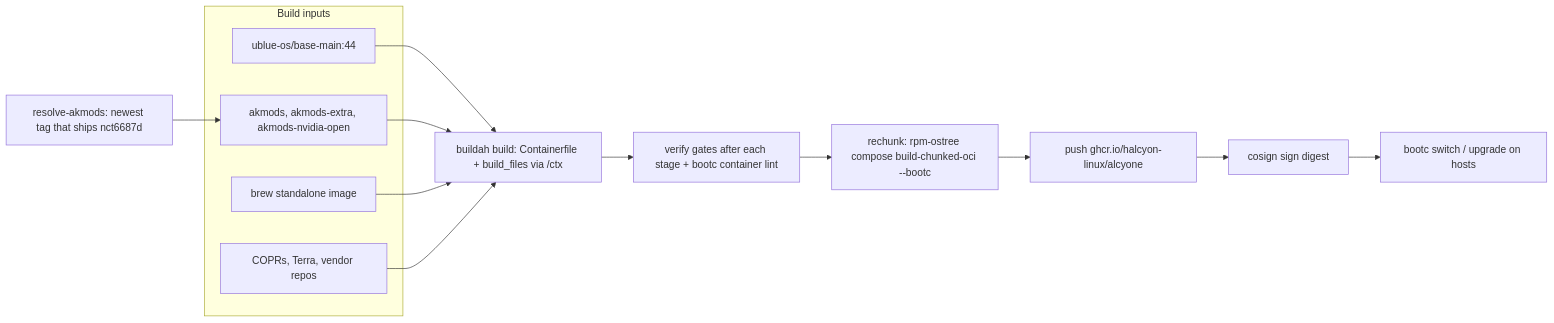
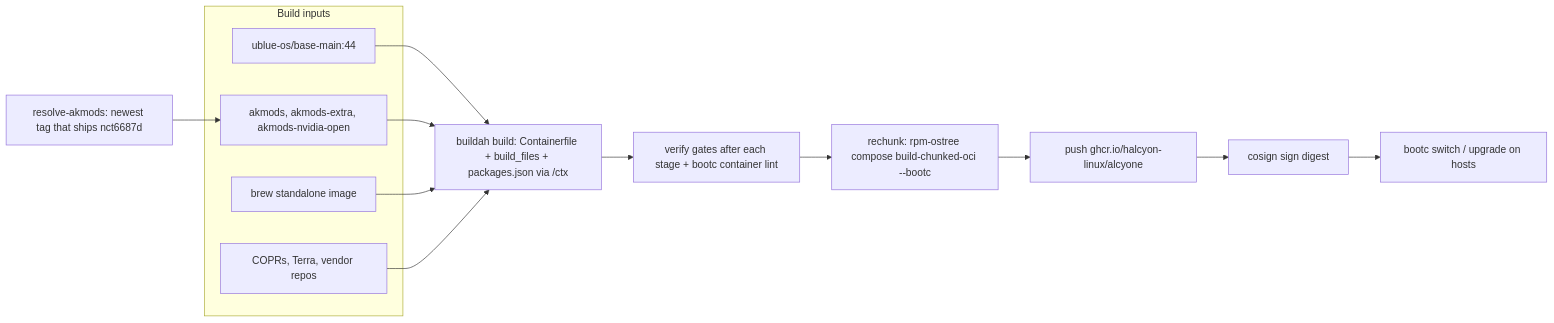
The diagram in README.md (halcyon-linux/base-image), drawn with Mermaid before and after one commit. The commit also changed other lines of this file, not shown here.

````diff
--- a/README.md
+++ b/README.md
@@ -315,19 +252,19 @@
 ```mermaid
 flowchart LR
   subgraph inputs["Build inputs"]
     B["ublue-os/base-main:44"]
     A["akmods, akmods-extra, akmods-nvidia-open"]
     H["brew standalone image"]
     R["COPRs, Terra, vendor repos"]
   end
   RS["resolve-akmods: newest tag that ships nct6687d"] --> A
   B --> BLD
   A --> BLD
   H --> BLD
   R --> BLD
-  BLD["buildah build: Containerfile + build_files via /ctx"] --> V["verify gates after each stage + bootc container lint"]
+  BLD["buildah build: Containerfile + build_files + packages.json via /ctx"] --> V["verify gates after each stage + bootc container lint"]
   V --> RC["rechunk: rpm-ostree compose build-chunked-oci --bootc"]
   RC --> P["push ghcr.io/halcyon-linux/alcyone"]
   P --> S["cosign sign digest"]
   S --> U["bootc switch / upgrade on hosts"]
 ```
````
